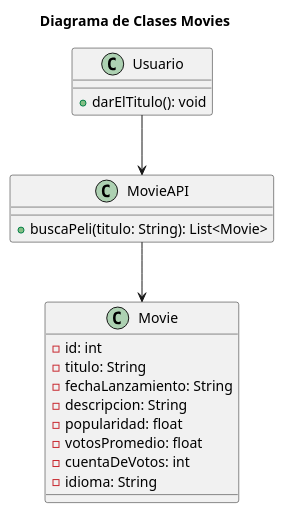
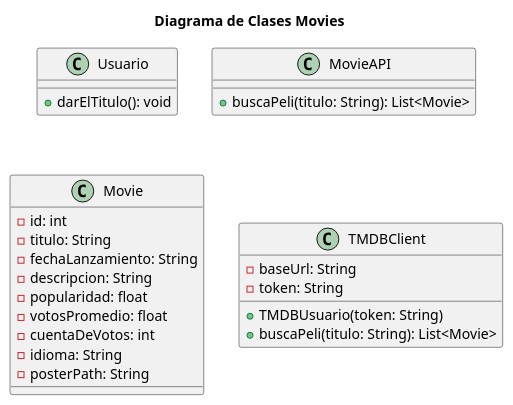
Before and after one commit to Dakewer/Consumir-API---TheMovieDB: the diagram in UML.puml, drawn with PlantUML. The commit also changed 1 other file, not shown here.

```diff
--- a/UML.puml
+++ b/UML.puml
@@ -1,25 +1,30 @@
 @startuml
 title Diagrama de Clases Movies
 class Usuario {
   +darElTitulo(): void
 }
 
 class MovieAPI {
   +buscaPeli(titulo: String): List<Movie>
 }
 
 class Movie {
   -id: int
   -titulo: String
   -fechaLanzamiento: String
   -descripcion: String
   -popularidad: float
   -votosPromedio: float
   -cuentaDeVotos: int
   -idioma: String
+  -posterPath: String
+}
+class TMDBClient {
+  -baseUrl: String
+  -token: String
+  +TMDBUsuario(token: String)
+  +buscaPeli(titulo: String): List<Movie>
 }
 
-Usuario --> MovieAPI
-MovieAPI --> Movie
 
 @enduml
```
